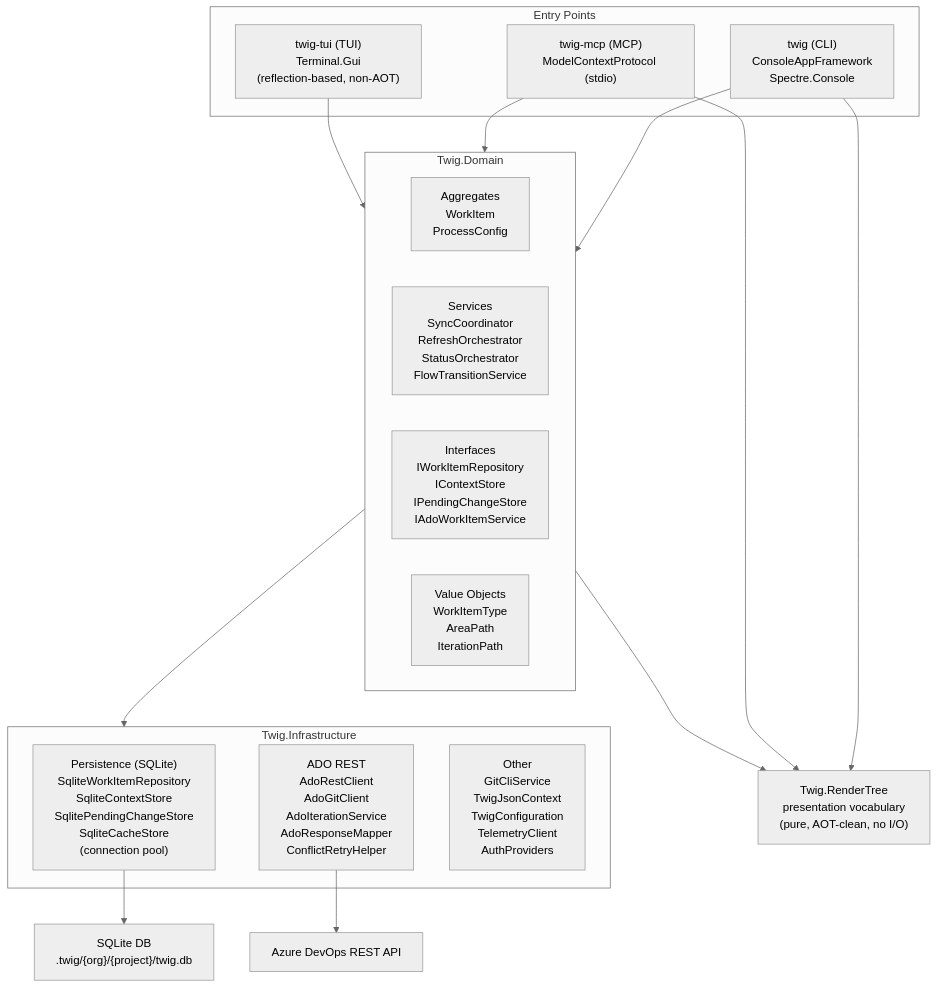
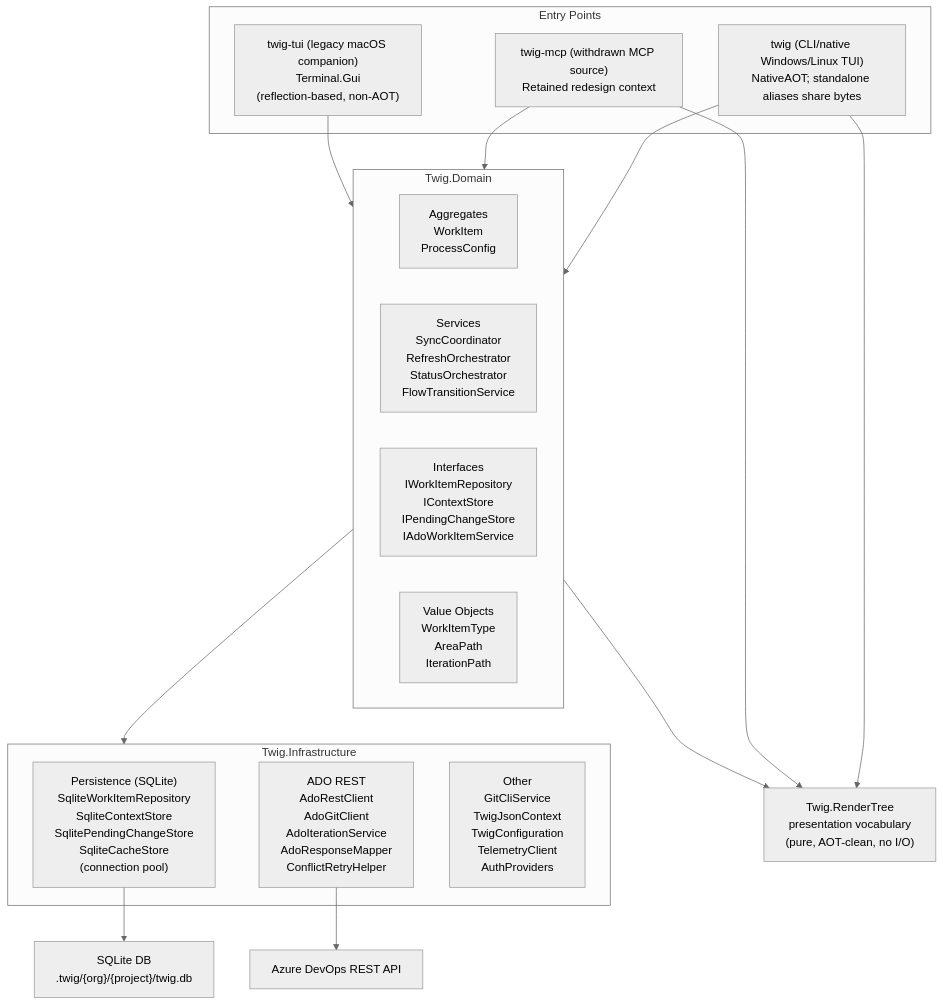
Before and after one commit to PolyphonyRequiem/twig: the diagram in docs/architecture/overview.md, drawn with Mermaid (neutral theme). The commit also changed other lines of this file and 33 other files, not shown here.

Commit message:
feat: cut over Windows/Linux TUI to native canonical launch and Herdr paths AB#1150

````diff
--- a/docs/architecture/overview.md
+++ b/docs/architecture/overview.md
@@ -26,35 +32,35 @@
 ```mermaid
 graph TD
     subgraph Entry["Entry Points"]
-        CLI["twig (CLI)<br/>ConsoleAppFramework<br/>Spectre.Console"]
-        MCP["twig-mcp (MCP)<br/>ModelContextProtocol (stdio)"]
-        TUI["twig-tui (TUI)<br/>Terminal.Gui<br/>(reflection-based, non-AOT)"]
+        CLI["twig (CLI/native Windows/Linux TUI)<br/>NativeAOT; standalone aliases share bytes"]
+        MCP["twig-mcp (withdrawn MCP source)<br/>Retained redesign context"]
+        TUI["twig-tui (legacy macOS companion)<br/>Terminal.Gui<br/>(reflection-based, non-AOT)"]
     end
 
     subgraph Domain["Twig.Domain"]
         Aggregates["Aggregates<br/>WorkItem<br/>ProcessConfig"]
         Services["Services<br/>SyncCoordinator<br/>RefreshOrchestrator<br/>StatusOrchestrator<br/>FlowTransitionService"]
         Interfaces["Interfaces<br/>IWorkItemRepository<br/>IContextStore<br/>IPendingChangeStore<br/>IAdoWorkItemService"]
         ValueObjects["Value Objects<br/>WorkItemType<br/>AreaPath<br/>IterationPath"]
     end
 
     subgraph Infra["Twig.Infrastructure"]
         Persistence["Persistence (SQLite)<br/>SqliteWorkItemRepository<br/>SqliteContextStore<br/>SqlitePendingChangeStore<br/>SqliteCacheStore<br/>(connection pool)"]
         AdoRest["ADO REST<br/>AdoRestClient<br/>AdoGitClient<br/>AdoIterationService<br/>AdoResponseMapper<br/>ConflictRetryHelper"]
         Other["Other<br/>GitCliService<br/>TwigJsonContext<br/>TwigConfiguration<br/>TelemetryClient<br/>AuthProviders"]
     end
 
     SQLite["SQLite DB<br/>.twig/{org}/{project}/twig.db"]
     ADO["Azure DevOps REST API"]
     RenderTree["Twig.RenderTree<br/>presentation vocabulary<br/>(pure, AOT-clean, no I/O)"]
 
     CLI --> Domain
     MCP --> Domain
     TUI --> Domain
     Domain --> Infra
     Domain --> RenderTree
     CLI --> RenderTree
     MCP --> RenderTree
     Persistence --> SQLite
     AdoRest --> ADO
 ```
````
